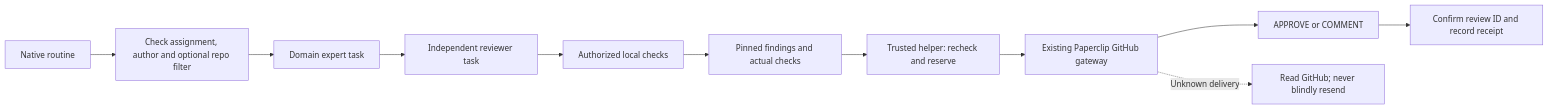
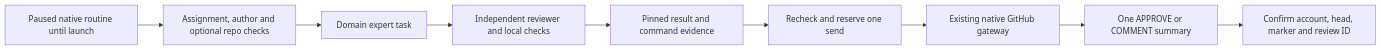
The diagram in projects/paperclip-pr-review/dd.md (Zhachory1/docs), drawn with Mermaid before and after one commit. The commit also changed other lines of this file and 1 other file, not shown here.

First line of the commit message:
Amendment: Submit one native PR review summary instead of inline drafts (#40)

````diff
--- a/projects/paperclip-pr-review/dd.md
+++ b/projects/paperclip-pr-review/dd.md
@@ -100,13 +98,11 @@
 ```mermaid
 flowchart LR
-    Tick["Native routine"] --> Scan["Check assignment, author and optional repo filter"]
-    Scan --> Expert["Domain expert task"]
-    Expert --> Reviewer["Independent reviewer task"]
-    Reviewer --> Checks["Authorized local checks"]
-    Checks --> Result["Pinned findings and actual checks"]
-    Result --> Publish["Trusted helper: recheck and reserve"]
-    Publish --> Gateway["Existing Paperclip GitHub gateway"]
-    Gateway --> GitHub["APPROVE or COMMENT"]
-    GitHub --> Receipt["Confirm review ID and record receipt"]
-    Gateway -. "Unknown delivery" .-> Reconcile["Read GitHub; never blindly resend"]
+    Routine["Paused native routine until launch"] --> Discover["Assignment, author and optional repo checks"]
+    Discover --> Expert["Domain expert task"]
+    Expert --> Reviewer["Independent reviewer and local checks"]
+    Reviewer --> Result["Pinned result and command evidence"]
+    Result --> Reserve["Recheck and reserve one send"]
+    Reserve --> Gateway["Existing native GitHub gateway"]
+    Gateway --> Summary["One APPROVE or COMMENT summary"]
+    Summary --> Receipt["Confirm account, head, marker and review ID"]
 ```
````
